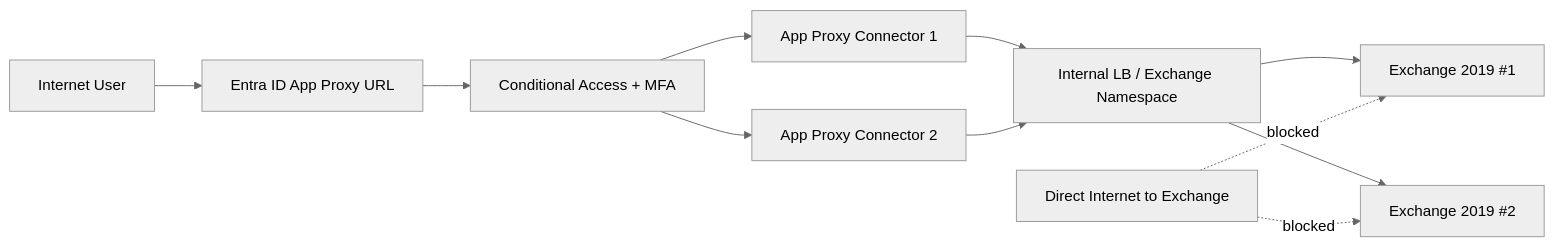
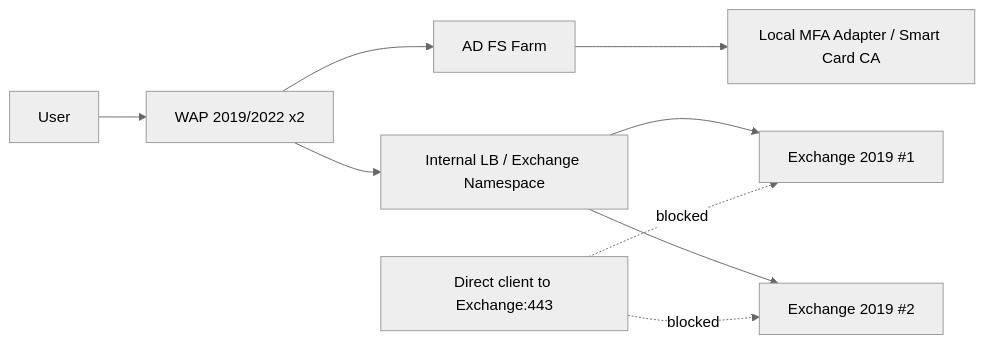
One commit to kangtlwx/adinfo changed the diagram in docs/owa-mfa-solution.md. Above: the diagram before and after it, drawn with Mermaid (neutral theme). The commit also changed other lines of this file and 2 other files, not shown here.

Commit message:
Add offline AD FS/WAP MFA architecture and Exchange auth hardening script

````diff
--- a/docs/owa-mfa-solution.md
+++ b/docs/owa-mfa-solution.md
@@ -21,14 +20,12 @@
 ```mermaid
 flowchart LR
-  U[Internet User] --> A[Entra ID App Proxy URL]
-  A --> CA[Conditional Access + MFA]
-  CA --> C1[App Proxy Connector 1]
-  CA --> C2[App Proxy Connector 2]
-  C1 --> VIP[Internal LB / Exchange Namespace]
-  C2 --> VIP
+  U[User] --> WAP[WAP 2019/2022 x2]
+  WAP --> ADFS[AD FS Farm]
+  ADFS --> MFA[Local MFA Adapter / Smart Card CA]
+  WAP --> VIP[Internal LB / Exchange Namespace]
   VIP --> EX1[Exchange 2019 #1]
   VIP --> EX2[Exchange 2019 #2]
 
-  X[Direct Internet to Exchange] -. blocked .-> EX1
+  X[Direct client to Exchange:443] -. blocked .-> EX1
   X -. blocked .-> EX2
 ```
````
